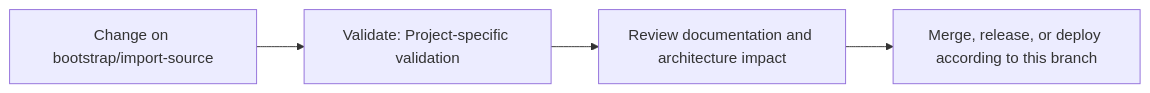
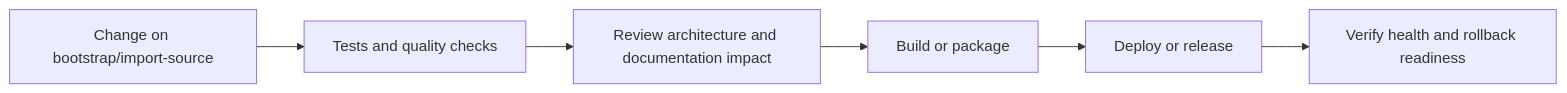
The fourth of 5 diagrams in README.md (Nischhalsubba/neverwinter-lockbox-vault), drawn with Mermaid before and after one commit. The commit also changed other lines of this file, not shown here.

````diff
--- a/README.md
+++ b/README.md
@@ -52,8 +121,8 @@
 ```mermaid
 flowchart LR
-    CHANGE["Change on bootstrap/import-source"]
-    CHECK["Validate: Project-specific validation"]
-    REVIEW["Review documentation and architecture impact"]
-    RELEASE["Merge, release, or deploy according to this branch"]
-    CHANGE --> CHECK --> REVIEW --> RELEASE
+    CHANGE["Change on bootstrap/import-source"] --> CHECK["Tests and quality checks"]
+    CHECK --> REVIEW["Review architecture and documentation impact"]
+    REVIEW --> BUILD["Build or package"]
+    BUILD --> DEPLOY["Deploy or release"]
+    DEPLOY --> VERIFY["Verify health and rollback readiness"]
 ```
````
